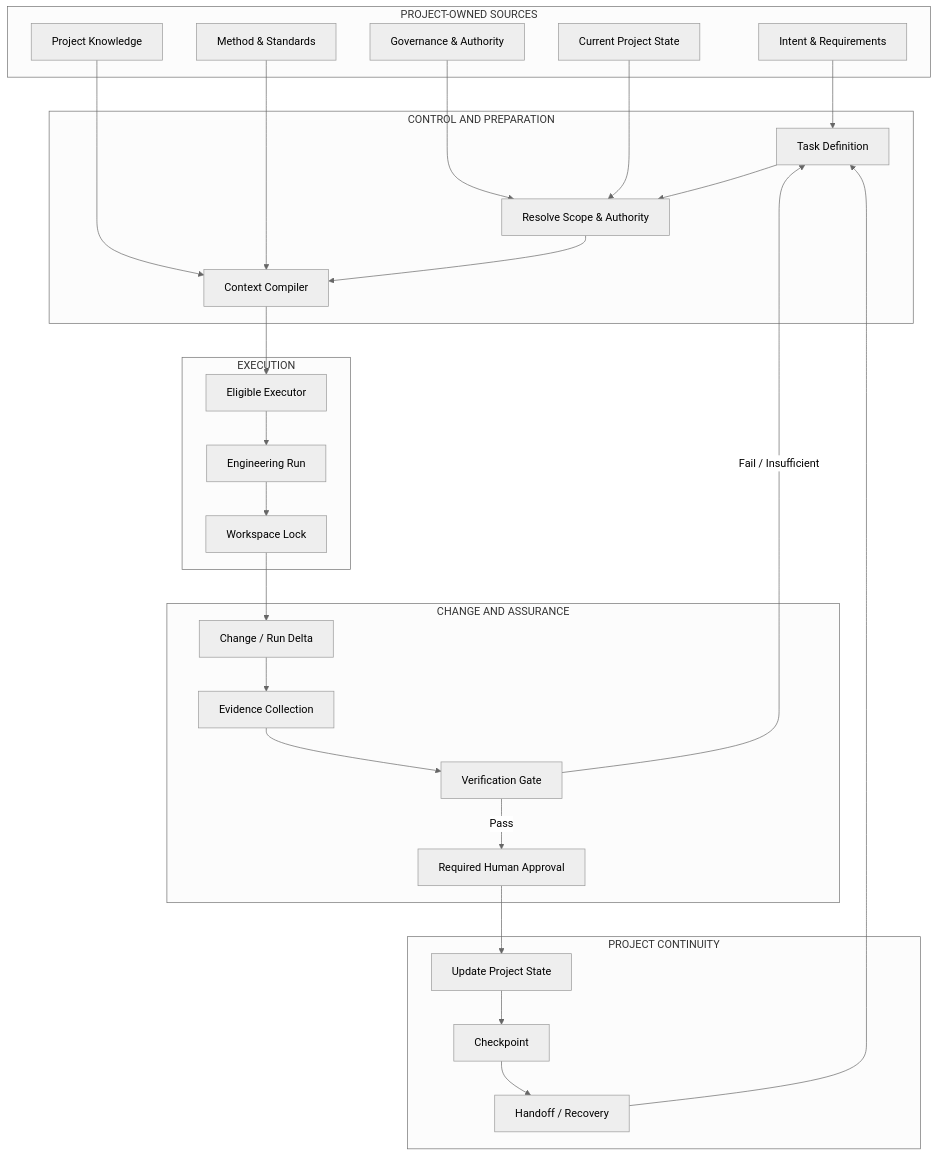
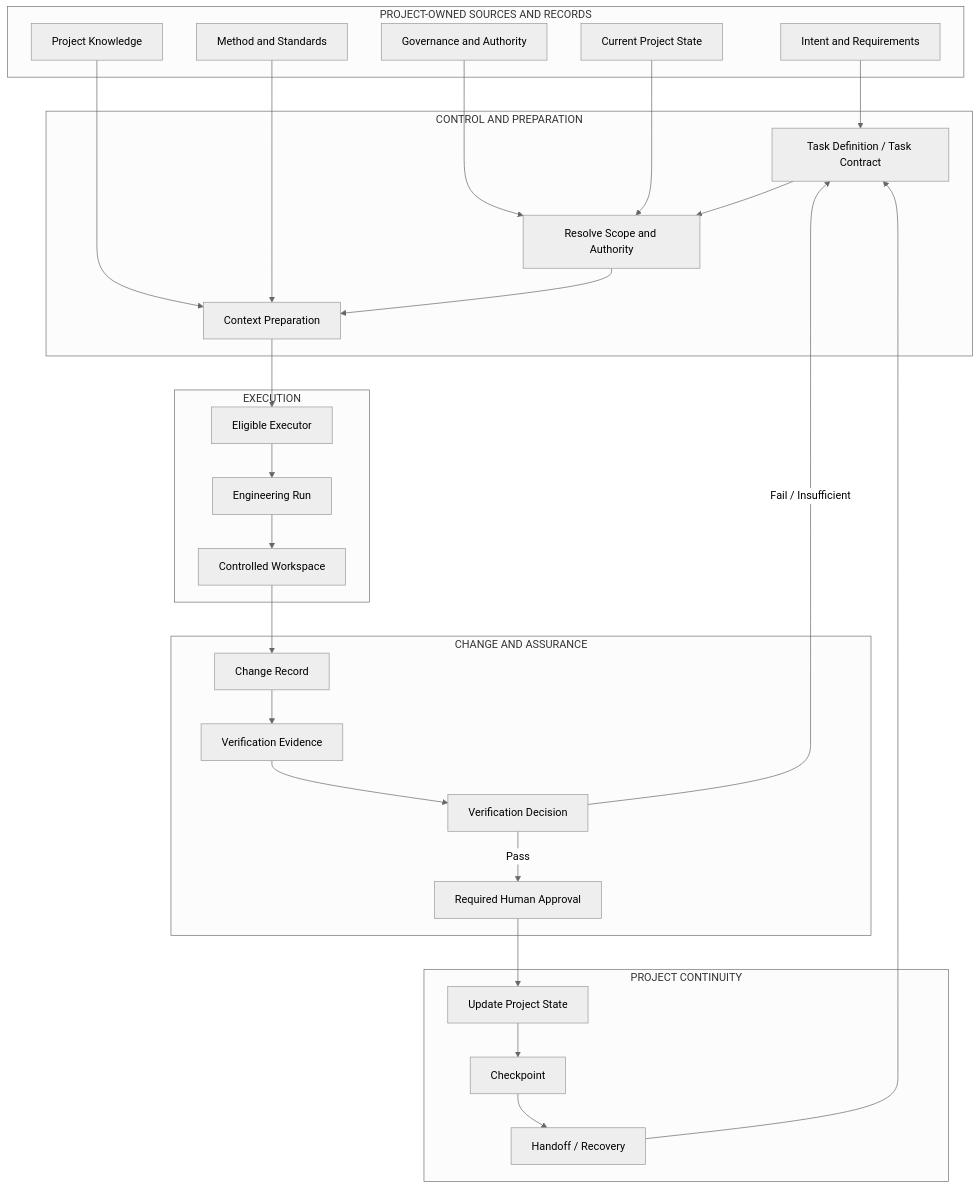
Before and after one commit to donghp/beyond-vibe-coding: the first of 5 diagrams in docs/architecture.md, drawn with Mermaid (neutral theme). The commit also changed other lines of this file, not shown here.

First line of the commit message:
Revise architecture document for clarity and updates

````diff
--- a/docs/architecture.md
+++ b/docs/architecture.md
@@ -32,55 +41,55 @@
 ```mermaid
 flowchart TB
-    subgraph PROJECT["PROJECT-OWNED SOURCES"]
-        INTENT["Intent & Requirements"]
+    subgraph PROJECT["PROJECT-OWNED SOURCES AND RECORDS"]
+        INTENT["Intent and Requirements"]
         KNOW["Project Knowledge"]
-        GOV["Governance & Authority"]
+        GOV["Governance and Authority"]
         STATE["Current Project State"]
-        STD["Method & Standards"]
+        STD["Method and Standards"]
     end
 
     subgraph CONTROL["CONTROL AND PREPARATION"]
-        TASK["Task Definition"]
-        RESOLVE["Resolve Scope & Authority"]
-        CONTEXT["Context Compiler"]
+        TASK["Task Definition / Task Contract"]
+        RESOLVE["Resolve Scope and Authority"]
+        CONTEXT["Context Preparation"]
     end
 
     subgraph EXEC["EXECUTION"]
         ELIGIBLE["Eligible Executor"]
         RUN["Engineering Run"]
-        LOCK["Workspace Lock"]
+        LOCK["Controlled Workspace"]
     end
 
     subgraph ASSURANCE["CHANGE AND ASSURANCE"]
-        CHANGE["Change / Run Delta"]
-        EVIDENCE["Evidence Collection"]
-        VERIFY["Verification Gate"]
+        CHANGE["Change Record"]
+        EVIDENCE["Verification Evidence"]
+        VERIFY["Verification Decision"]
         APPROVE["Required Human Approval"]
     end
 
     subgraph CONTINUITY["PROJECT CONTINUITY"]
         UPDATE["Update Project State"]
         CHECKPOINT["Checkpoint"]
         HANDOFF["Handoff / Recovery"]
     end
 
     INTENT --> TASK
     KNOW --> CONTEXT
     GOV --> RESOLVE
     STATE --> RESOLVE
     STD --> CONTEXT
     TASK --> RESOLVE
     RESOLVE --> CONTEXT
     CONTEXT --> ELIGIBLE
     ELIGIBLE --> RUN
     RUN --> LOCK
     LOCK --> CHANGE
     CHANGE --> EVIDENCE
     EVIDENCE --> VERIFY
     VERIFY -->|"Pass"| APPROVE
     VERIFY -->|"Fail / Insufficient"| TASK
     APPROVE --> UPDATE
     UPDATE --> CHECKPOINT
     CHECKPOINT --> HANDOFF
     HANDOFF --> TASK
 ```
````
